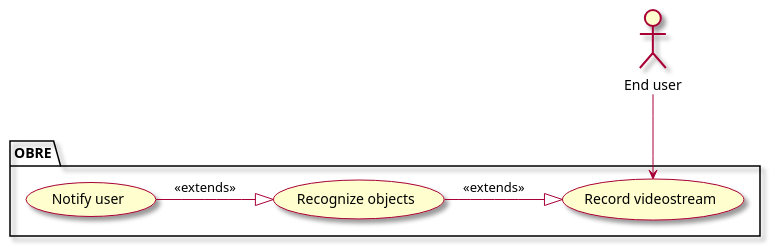
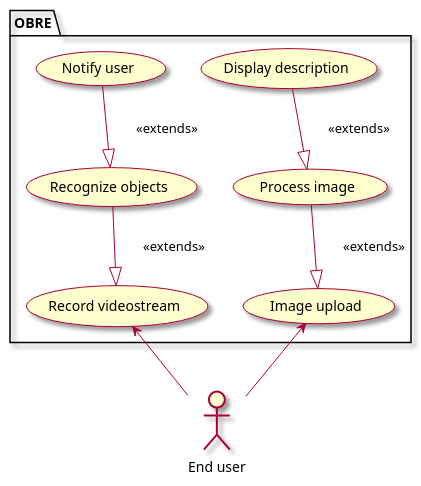
Before and after one commit to tonyh1306/OBRE-Vision-through-a-screen: the diagram in intellij/doc/vision.md, drawn with PlantUML. The commit also changed 3 other files, not shown here.

Commit message:
Adds Image Upload function to Vision Doc

````diff
--- a/intellij/doc/vision.md
+++ b/intellij/doc/vision.md
@@ -29,22 +29,28 @@
 ```plantuml
 @startuml
 skin rose
 
 ' human actors
 actor "End user" as user
 
 ' list all use cases in package
 package OBRE{
     usecase "Record videostream" as camera
     usecase "Recognize objects" as obre
     usecase "Notify user" as tts
-
+    usecase "Image upload" as image
+    usecase "Process image" as process
+    usecase "Display description" as describe 
 }
 
 ' list relationships between actors and use cases
 user --> camera
-obre -right-|> camera : <<extends>> \t
-tts -right-|> obre : <<extends>> \t
+obre --|> camera : \t<<extends>>\t
+tts --|> obre : \t<<extends>>\t
+
+image <-- user
+process --|> image : \t<<extends>>\t
+describe --|> process : \t<<extends>>\t
 
 @enduml
 ```
````
